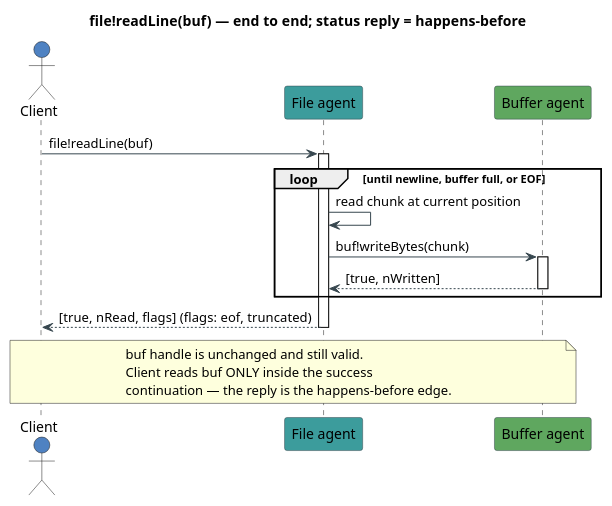
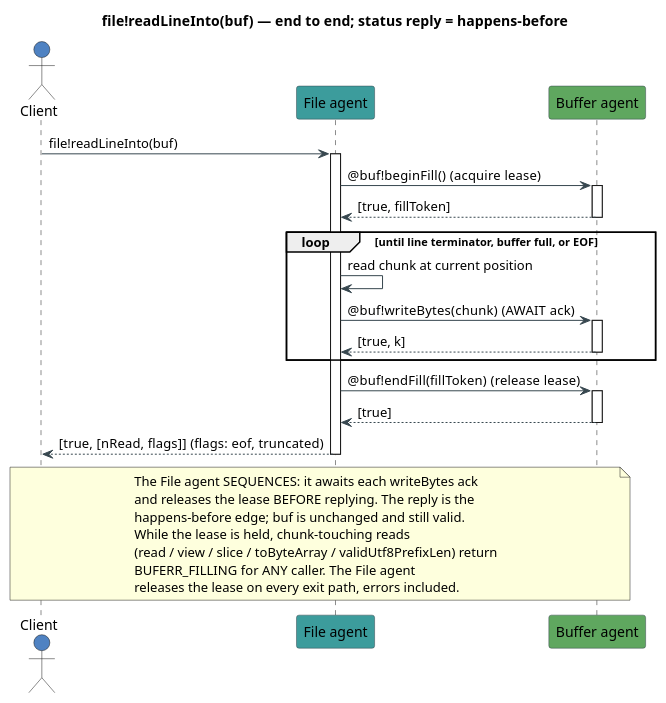
Before and after one commit to F1R3FLY-io/FIPS: the diagram in under-review/2026-07-23-Fixed-Size-Byte-Buffer-Primitive/diagrams/d5-readline-sequence.puml, drawn with PlantUML. The commit also changed 20 other files, not shown here.

```diff
--- a/under-review/2026-07-23-Fixed-Size-Byte-Buffer-Primitive/diagrams/d5-readline-sequence.puml
+++ b/under-review/2026-07-23-Fixed-Size-Byte-Buffer-Primitive/diagrams/d5-readline-sequence.puml
@@ -1,28 +1,40 @@
 @startuml
-title file!readLine(buf) — end to end;  status reply = happens-before
+title file!readLineInto(buf) — end to end;  status reply = happens-before
 skinparam backgroundColor #FFFFFF
 skinparam shadowing false
 skinparam ArrowColor #37474F
 skinparam ParticipantBorderColor #37474F
 skinparam LifeLineBorderColor #90A4AE
 actor Client #4F82C2
 participant "File agent" as File #3C9C9C
 participant "Buffer agent" as Buf #5FA75F
 
-Client -> File : file!readLine(buf)
+Client -> File : file!readLineInto(buf)
 activate File
-loop until newline, buffer full, or EOF
+File -> Buf : @buf!beginFill()   (acquire lease)
+activate Buf
+Buf --> File : [true, fillToken]
+deactivate Buf
+loop until line terminator, buffer full, or EOF
   File -> File : read chunk at current position
-  File -> Buf : buf!writeBytes(chunk)
+  File -> Buf : @buf!writeBytes(chunk)   (AWAIT ack)
   activate Buf
-  Buf --> File : [true, nWritten]
+  Buf --> File : [true, k]
   deactivate Buf
 end
-File --> Client : [true, nRead, flags]  (flags: eof, truncated)
+File -> Buf : @buf!endFill(fillToken)   (release lease)
+activate Buf
+Buf --> File : [true]
+deactivate Buf
+File --> Client : [true, [nRead, flags]]   (flags: eof, truncated)
 deactivate File
 note over Client, Buf
-buf handle is unchanged and still valid.
-Client reads buf ONLY inside the success
-continuation — the reply is the happens-before edge.
+The File agent SEQUENCES: it awaits each writeBytes ack
+and releases the lease BEFORE replying. The reply is the
+happens-before edge; buf is unchanged and still valid.
+While the lease is held, chunk-touching reads
+(read / view / slice / toByteArray / validUtf8PrefixLen) return
+BUFERR_FILLING for ANY caller. The File agent
+releases the lease on every exit path, errors included.
 end note
 @enduml
```
